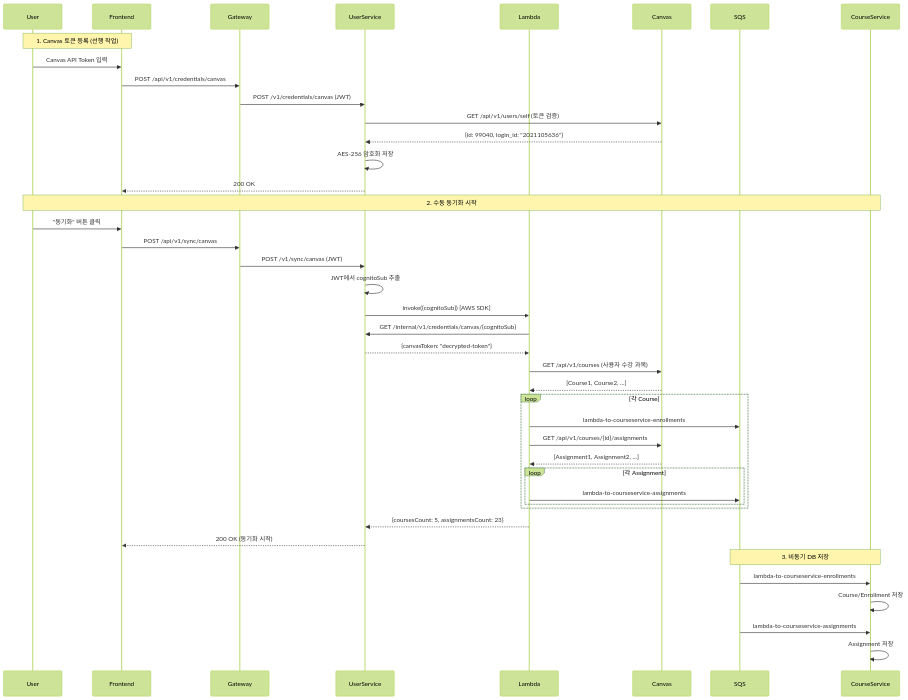
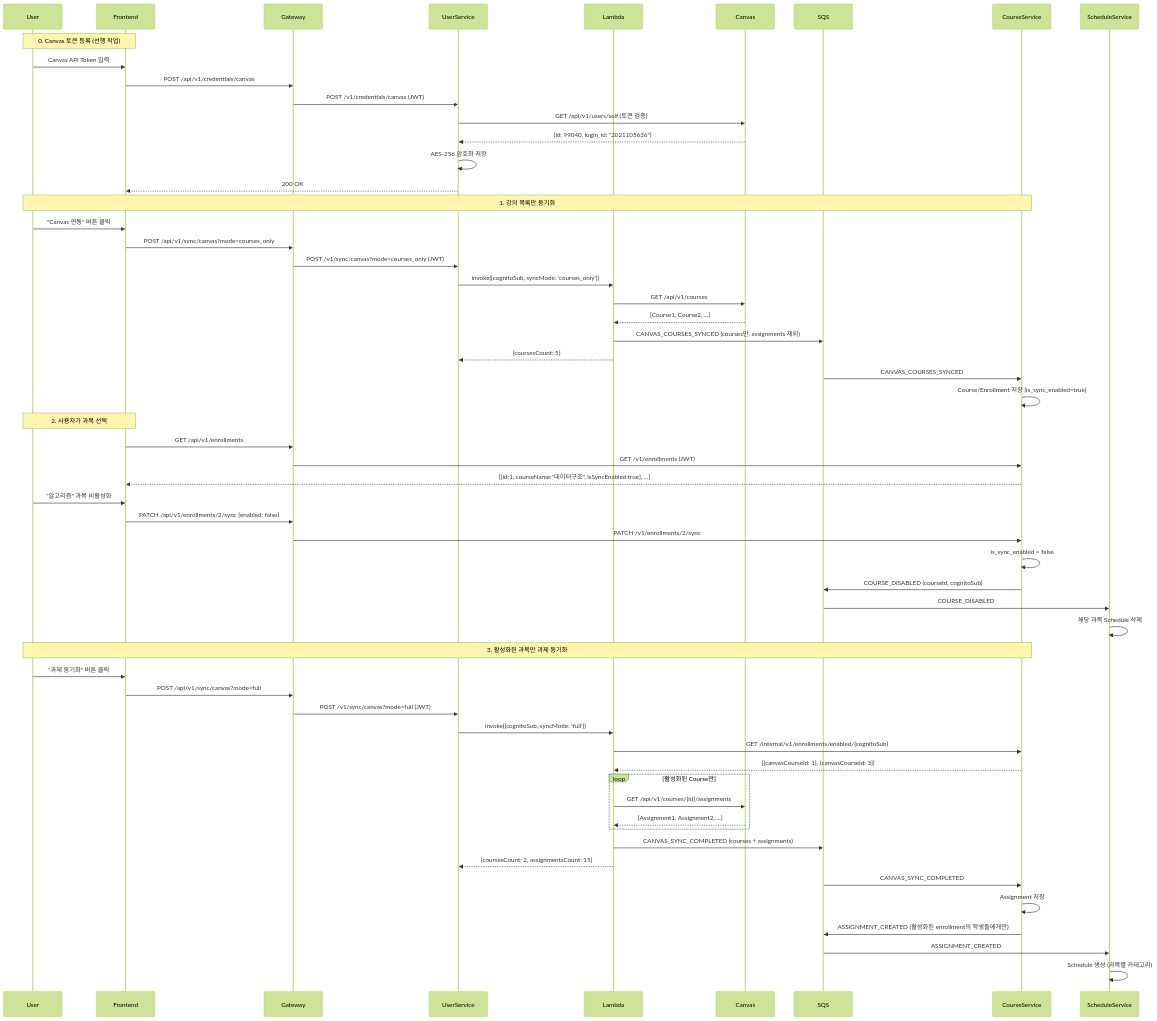
One commit to SolidCitadel/UniSync changed the diagram in docs/features/canvas-sync.md. Above: the diagram before and after it, drawn with Mermaid (forest theme). The commit also changed other lines of this file and 3 other files, not shown here.

````diff
--- a/docs/features/canvas-sync.md
+++ b/docs/features/canvas-sync.md
@@ -50,54 +63,71 @@
 ```mermaid
 sequenceDiagram
     participant User
     participant Frontend
     participant Gateway
     participant UserService
     participant Lambda
     participant Canvas
     participant SQS
     participant CourseService
+    participant ScheduleService
 
-    Note over User,Frontend: 1. Canvas 토큰 등록 (선행 작업)
+    Note over User,Frontend: 0. Canvas 토큰 등록 (선행 작업)
     User->>Frontend: Canvas API Token 입력
     Frontend->>Gateway: POST /api/v1/credentials/canvas
     Gateway->>UserService: POST /v1/credentials/canvas (JWT)
     UserService->>Canvas: GET /api/v1/users/self (토큰 검증)
     Canvas-->>UserService: {id: 99040, login_id: "2021105636"}
     UserService->>UserService: AES-256 암호화 저장
     UserService-->>Frontend: 200 OK
 
-    Note over User,CourseService: 2. 수동 동기화 시작
-    User->>Frontend: "동기화" 버튼 클릭
-    Frontend->>Gateway: POST /api/v1/sync/canvas
-    Gateway->>UserService: POST /v1/sync/canvas (JWT)
+    Note over User,CourseService: 1. 강의 목록만 동기화
+    User->>Frontend: "Canvas 연동" 버튼 클릭
+    Frontend->>Gateway: POST /api/v1/sync/canvas?mode=courses_only
+    Gateway->>UserService: POST /v1/sync/canvas?mode=courses_only (JWT)
 
-    UserService->>UserService: JWT에서 cognitoSub 추출
-    UserService->>Lambda: invoke({cognitoSub}) [AWS SDK]
+    UserService->>Lambda: invoke({cognitoSub, syncMode: 'courses_only'})
+    Lambda->>Canvas: GET /api/v1/courses
+    Canvas-->>Lambda: [Course1, Course2, ...]
+    Lambda->>SQS: CANVAS_COURSES_SYNCED (courses만, assignments 제외)
+    Lambda-->>UserService: {coursesCount: 5}
 
-    Lambda->>UserService: GET /internal/v1/credentials/canvas/{cognitoSub}
-    UserService-->>Lambda: {canvasToken: "decrypted-token"}
+    SQS->>CourseService: CANVAS_COURSES_SYNCED
+    CourseService->>CourseService: Course/Enrollment 저장 (is_sync_enabled=true)
 
-    Lambda->>Canvas: GET /api/v1/courses (사용자 수강 과목)
-    Canvas-->>Lambda: [Course1, Course2, ...]
+    Note over User,Frontend: 2. 사용자가 과목 선택
+    Frontend->>Gateway: GET /api/v1/enrollments
+    Gateway->>CourseService: GET /v1/enrollments (JWT)
+    CourseService-->>Frontend: [{id:1, courseName:"데이터구조", isSyncEnabled:true}, ...]
 
-    loop 각 Course
-        Lambda->>SQS: lambda-to-courseservice-enrollments
+    User->>Frontend: "알고리즘" 과목 비활성화
+    Frontend->>Gateway: PATCH /api/v1/enrollments/2/sync {enabled: false}
+    Gateway->>CourseService: PATCH /v1/enrollments/2/sync
+    CourseService->>CourseService: is_sync_enabled = false
+    CourseService->>SQS: COURSE_DISABLED (courseId, cognitoSub)
+    SQS->>ScheduleService: COURSE_DISABLED
+    ScheduleService->>ScheduleService: 해당 과목 Schedule 삭제
+
+    Note over User,CourseService: 3. 활성화된 과목만 과제 동기화
+    User->>Frontend: "과제 동기화" 버튼 클릭
+    Frontend->>Gateway: POST /api/v1/sync/canvas?mode=full
+    Gateway->>UserService: POST /v1/sync/canvas?mode=full (JWT)
+
+    UserService->>Lambda: invoke({cognitoSub, syncMode: 'full'})
+    Lambda->>CourseService: GET /internal/v1/enrollments/enabled/{cognitoSub}
+    CourseService-->>Lambda: [{canvasCourseId: 1}, {canvasCourseId: 3}]
+
+    loop 활성화된 Course만
         Lambda->>Canvas: GET /api/v1/courses/{id}/assignments
         Canvas-->>Lambda: [Assignment1, Assignment2, ...]
-
-        loop 각 Assignment
-            Lambda->>SQS: lambda-to-courseservice-assignments
-        end
     end
 
-    Lambda-->>UserService: {coursesCount: 5, assignmentsCount: 23}
-    UserService-->>Frontend: 200 OK (동기화 시작)
+    Lambda->>SQS: CANVAS_SYNC_COMPLETED (courses + assignments)
+    Lambda-->>UserService: {coursesCount: 2, assignmentsCount: 15}
 
-    Note over SQS,CourseService: 3. 비동기 DB 저장
-    SQS->>CourseService: lambda-to-courseservice-enrollments
-    CourseService->>CourseService: Course/Enrollment 저장
-
-    SQS->>CourseService: lambda-to-courseservice-assignments
+    SQS->>CourseService: CANVAS_SYNC_COMPLETED
     CourseService->>CourseService: Assignment 저장
+    CourseService->>SQS: ASSIGNMENT_CREATED (활성화된 enrollment의 학생들에게만)
+    SQS->>ScheduleService: ASSIGNMENT_CREATED
+    ScheduleService->>ScheduleService: Schedule 생성 (과목별 카테고리)
 ```
````
